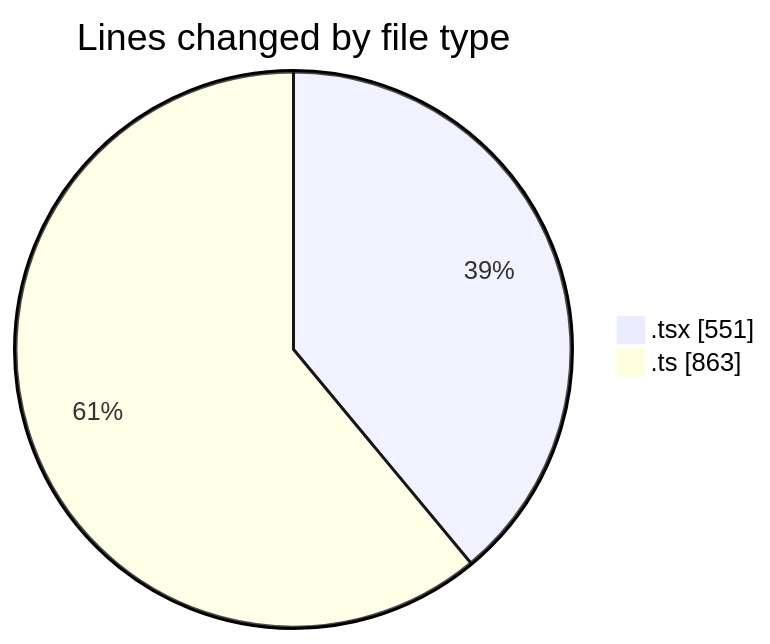
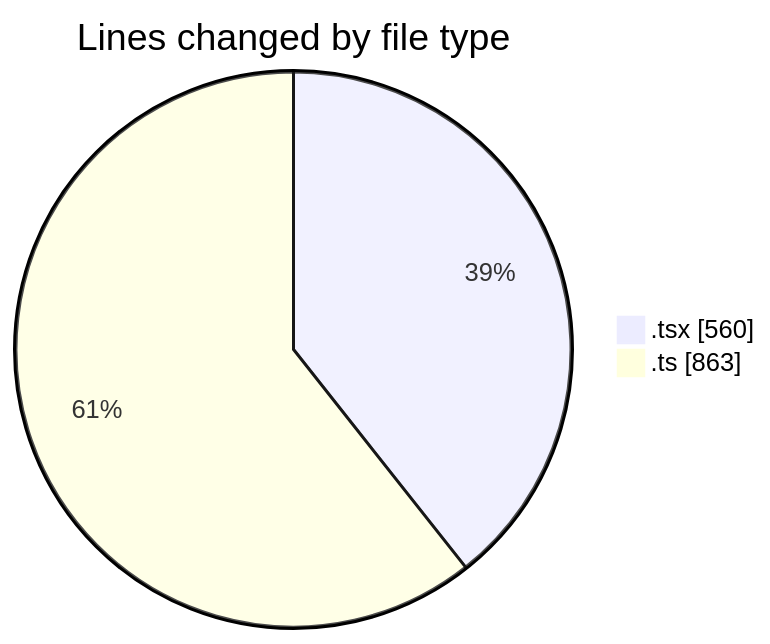
Before and after one commit to lephambinh05/code-tracking: the first of 2 diagrams in 2025-09-05/hiai-phf/README.md, drawn with Mermaid. The commit also changed other lines of this file and 1 other file, not shown here.

````diff
--- a/2025-09-05/hiai-phf/README.md
+++ b/2025-09-05/hiai-phf/README.md
@@ -33,6 +33,6 @@
 ```mermaid
 pie showData
 title Lines changed by file type
-".tsx" : 551
+".tsx" : 560
 ".ts" : 863
 ```
````
